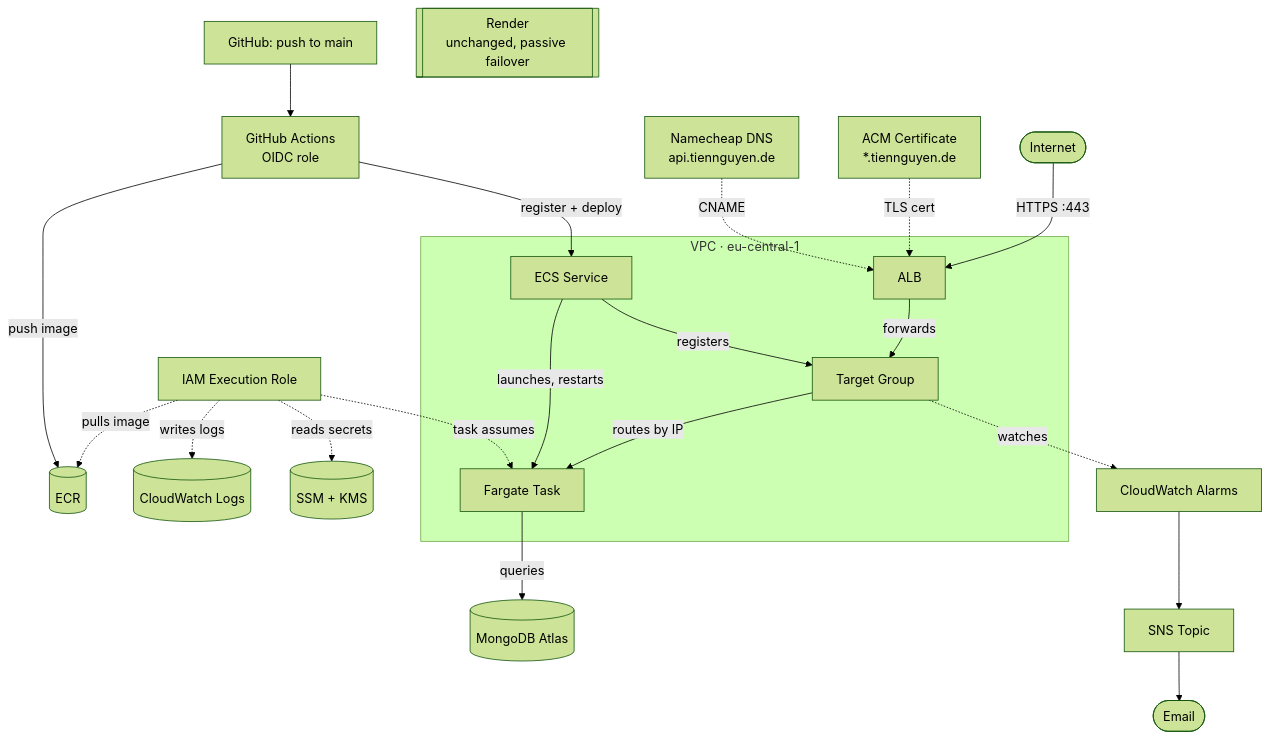
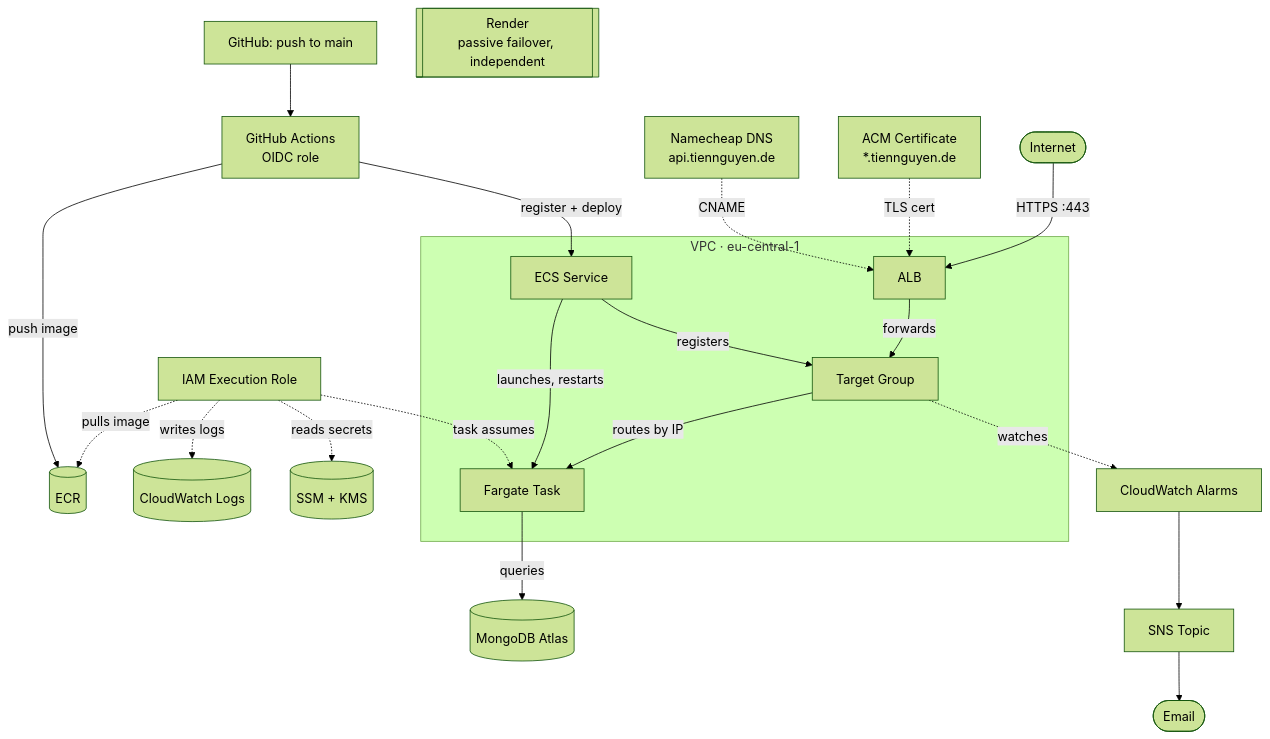
Before and after one commit to ntrix/amazin-be: the second of 2 diagrams in README.md, drawn with Mermaid (forest theme). The commit also changed other lines of this file, not shown here.

Commit message:
docs(readme): align both diagrams to the same layout/orientation for easier comparison

````diff
--- a/README.md
+++ b/README.md
@@ -98,34 +102,34 @@
 ```mermaid
 flowchart TB
   GitHub["GitHub: push to main"] --> Actions["GitHub Actions<br/>OIDC role"]
-  Actions -->|"push image"| ECR2[("ECR")]
-  Actions -->|"register + deploy"| Service2
+  Actions -->|"push image"| ECR[("ECR")]
+  Actions -->|"register + deploy"| Service
 
-  DNS["Namecheap DNS<br/>api.tiennguyen.de"] -. CNAME .-> ALB2
-  ACM["ACM Certificate<br/>*.tiennguyen.de"] -. "TLS cert" .-> ALB2
+  DNS["Namecheap DNS<br/>api.tiennguyen.de"] -. CNAME .-> ALB
+  ACM["ACM Certificate<br/>*.tiennguyen.de"] -. "TLS cert" .-> ALB
 
-  Internet2([Internet]) -->|"HTTPS :443"| ALB2["ALB"]
-  ALB2 -->|forwards| TG2["Target Group"]
-  TG2 -->|"routes by IP"| Task2["Fargate Task"]
-  Task2 -->|queries| Mongo2[("MongoDB Atlas")]
-  Service2["ECS Service"] -->|"launches, restarts"| Task2
-  Service2 -->|registers| TG2
+  Internet([Internet]) -->|"HTTPS :443"| ALB["ALB"]
+  ALB -->|forwards| TG["Target Group"]
+  TG -->|"routes by IP"| Task["Fargate Task"]
+  Task -->|queries| Mongo[("MongoDB Atlas")]
+  Service["ECS Service"] -->|"launches, restarts"| Task
+  Service -->|registers| TG
 
-  Role2["IAM Execution Role"] -. "task assumes" .-> Task2
-  Role2 -. "pulls image" .-> ECR2
-  Role2 -. "writes logs" .-> Logs2[("CloudWatch Logs")]
-  Role2 -. "reads secrets" .-> SSM2[("SSM + KMS")]
+  Role["IAM Execution Role"] -. "task assumes" .-> Task
+  Role -. "pulls image" .-> ECR
+  Role -. "writes logs" .-> Logs[("CloudWatch Logs")]
+  Role -. "reads secrets" .-> SSM[("SSM + KMS")]
 
-  TG2 -. watches .-> Alarms["CloudWatch Alarms"]
+  TG -. watches .-> Alarms["CloudWatch Alarms"]
   Alarms --> SNS["SNS Topic"]
   SNS --> Email([Email])
 
-  Render2[["Render<br/>unchanged, passive failover"]]
+  Render[["Render<br/>passive failover, independent"]]
 
-  subgraph VPC2["VPC · eu-central-1"]
-    ALB2
-    TG2
-    Task2
-    Service2
+  subgraph VPC["VPC · eu-central-1"]
+    ALB
+    TG
+    Task
+    Service
   end
 ```
````
